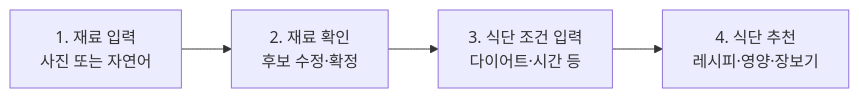
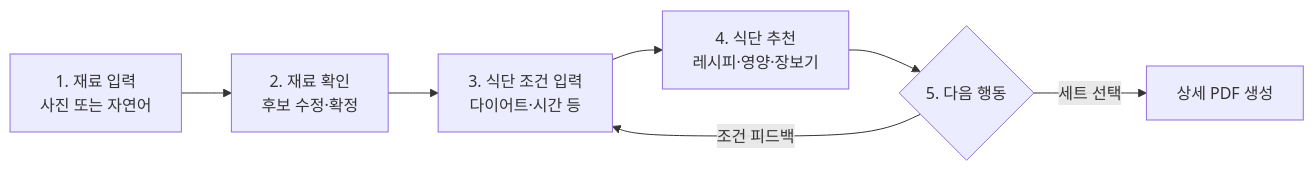
Before and after one commit to DongJunee/2026_aio2_p2_PlanEat_Backend: the first of 5 diagrams in README.md, drawn with Mermaid. The commit also changed other lines of this file and 2 other files, not shown here.

````diff
--- a/README.md
+++ b/README.md
@@ -100,6 +104,9 @@
 ```mermaid
 flowchart LR
     A[1. 재료 입력<br/>사진 또는 자연어] --> B[2. 재료 확인<br/>후보 수정·확정]
     B --> C[3. 식단 조건 입력<br/>다이어트·시간 등]
     C --> D[4. 식단 추천<br/>레시피·영양·장보기]
+    D --> E{5. 다음 행동}
+    E -->|조건 피드백| C
+    E -->|세트 선택| F[상세 PDF 생성]
 ```
````
